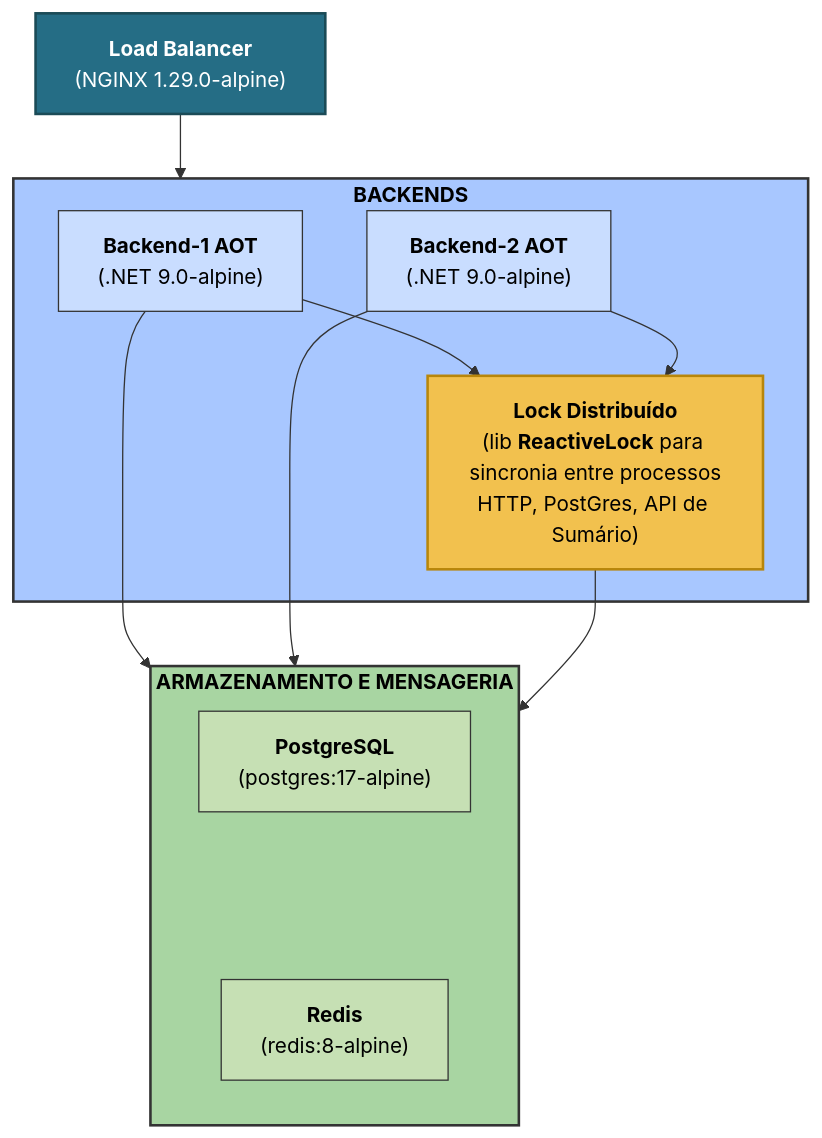
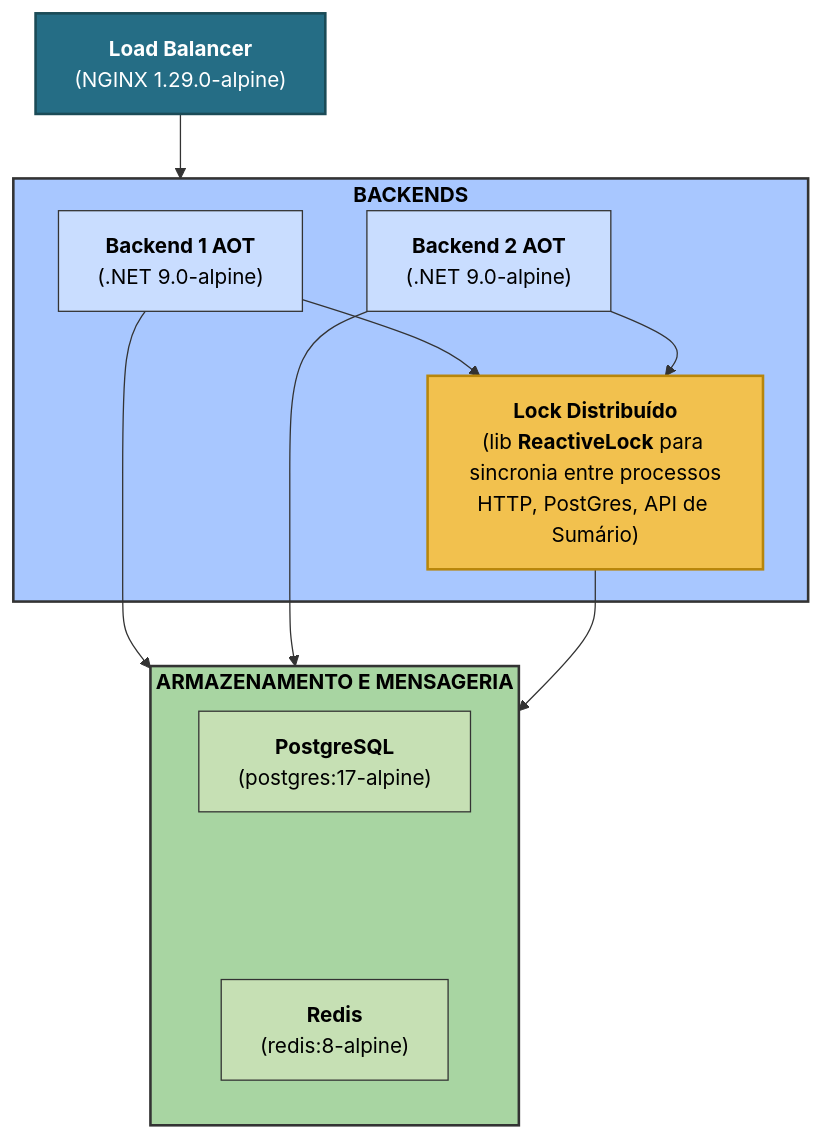
Before and after one commit to micheloliveira-com/rinha-de-backend-2025-dotnet-csharp-redis-grpc: the diagram in README.md, drawn with Mermaid.

Commit message:
refactor: improve backend labels in diagram for consistency and clarity

````diff
--- a/README.md
+++ b/README.md
@@ -16,43 +16,43 @@
 ```mermaid
 
 graph TD
   loadBalancer["<b>Load Balancer</b><br />(NGINX 1.29.0-alpine)"]
 
   subgraph backendsGroup["<b>BACKENDS</b>"]
-    backend1["<b>Backend-1 AOT</b><br />(.NET 9.0-alpine)"]
-    backend2["<b>Backend-2 AOT</b><br />(.NET 9.0-alpine)"]
+    backend1["<b>Backend 1 AOT</b><br />(.NET 9.0-alpine)"]
+    backend2["<b>Backend 2 AOT</b><br />(.NET 9.0-alpine)"]
     reactiveLock["<b>Lock Distribuído</b><br/>(lib <b>ReactiveLock</b> para sincronia entre processos<br/>HTTP, PostGres, API de Sumário)"]
   end
 
   subgraph storageGroup["<b>ARMAZENAMENTO E MENSAGERIA</b>"]
     postgres["<b>PostgreSQL</b><br />(postgres:17-alpine)"]
     spacer[" "]:::invisible
     redis["<b>Redis</b><br />(redis:8-alpine)"]
   end
 
   loadBalancer --> backendsGroup
 
   backend1 --> storageGroup
   backend2 --> storageGroup
 
   backend1 --> reactiveLock
   backend2 --> reactiveLock
 
   reactiveLock --> storageGroup
 
   classDef invisible fill:none,stroke:none;
 
   %% Estilos de cor
   style loadBalancer fill:#256D85,stroke:#1B4B57,stroke-width:2px,color:#FFFFFF
 
   style backendsGroup fill:#a8c7ff,stroke:#333,stroke-width:2px,color:#000
   style backend1 fill:#c9ddff,stroke:#333,stroke-width:1px,color:#000
   style backend2 fill:#c9ddff,stroke:#333,stroke-width:1px,color:#000
   style reactiveLock fill:#f2c14e,stroke:#b8860b,stroke-width:2px,color:#000
 
   style storageGroup fill:#a8d5a2,stroke:#333,stroke-width:2px,color:#000
   style postgres fill:#c6e0b4,stroke:#333,stroke-width:1px,color:#000
   style redis fill:#c6e0b4,stroke:#333,stroke-width:1px,color:#000
   
 
 ```
````
